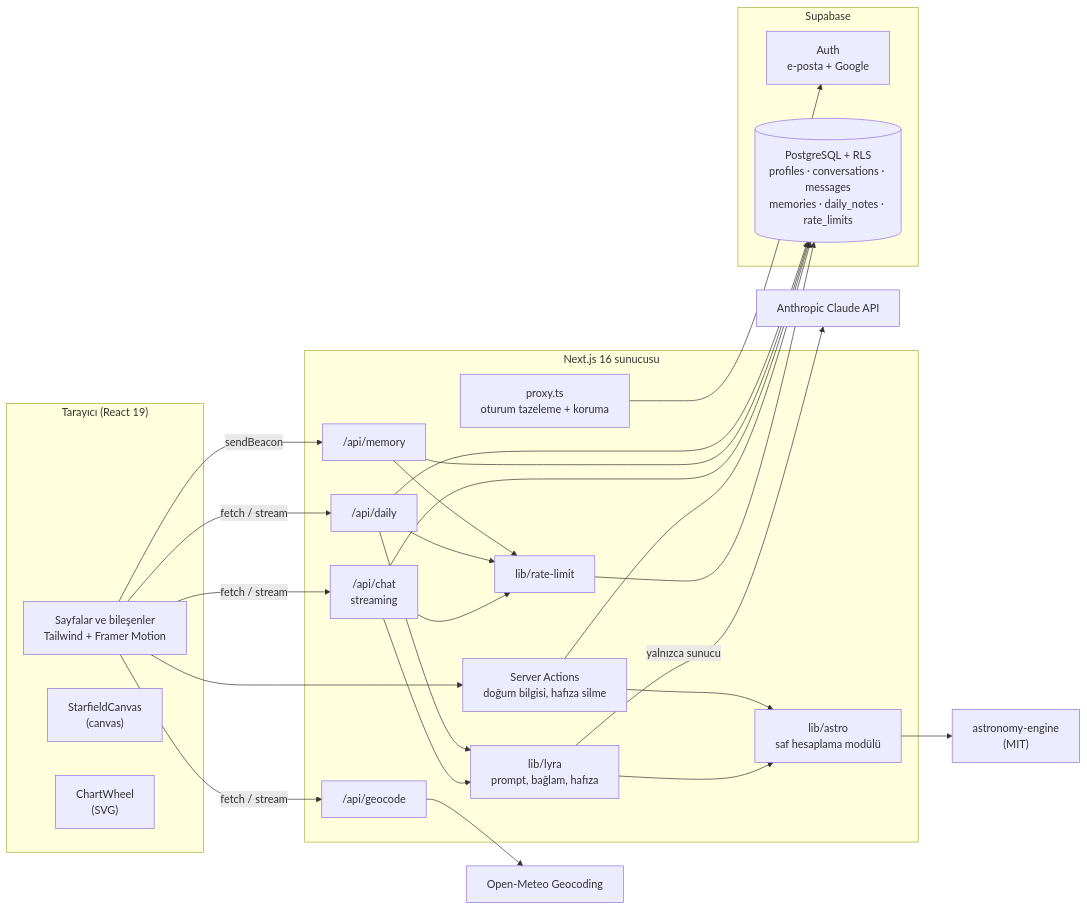
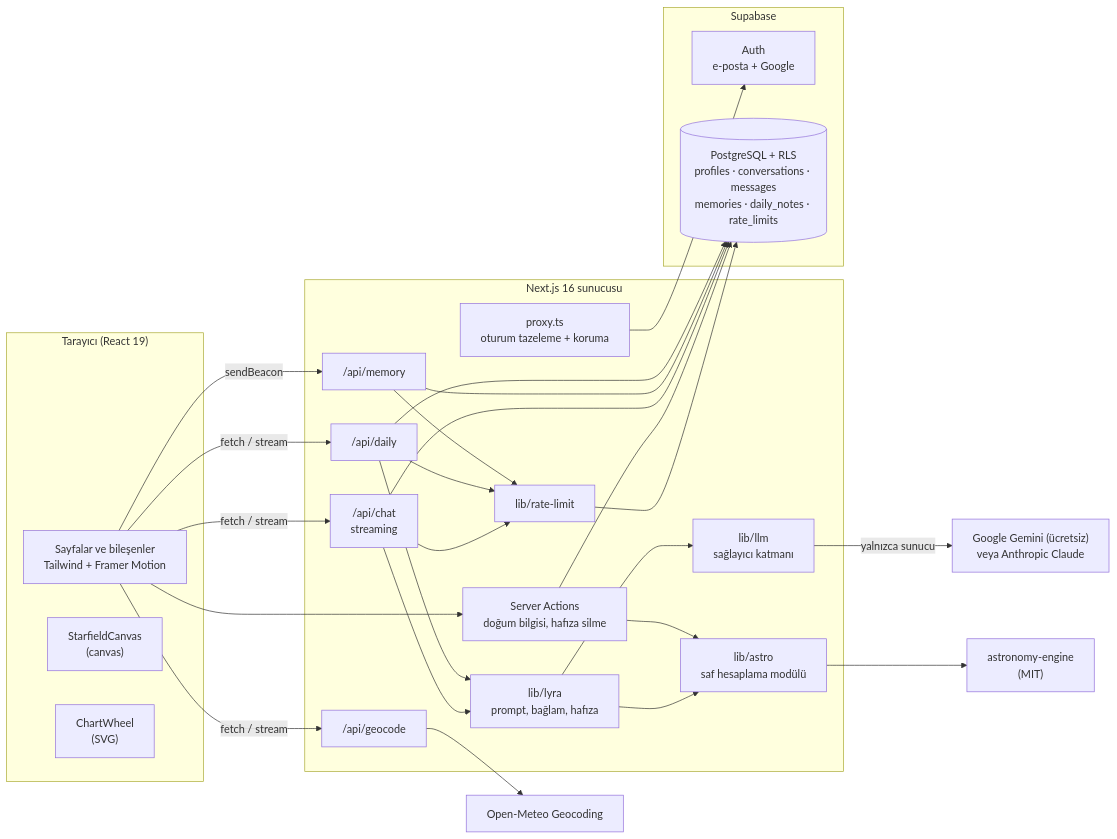
The first of 2 diagrams in README.md (ruveydayldrm/Astrolog-Agent), drawn with Mermaid before and after one commit. The commit also changed other lines of this file and 17 other files, not shown here.

First line of the commit message:
Ücretsiz LLM: Gemini varsayılan, sağlayıcıdan bağımsız lib/llm katmanı

````diff
--- a/README.md
+++ b/README.md
@@ -34,40 +35,41 @@
 ```mermaid
 flowchart LR
     subgraph Client["Tarayıcı (React 19)"]
         UI["Sayfalar ve bileşenler<br/>Tailwind + Framer Motion"]
         Canvas["StarfieldCanvas<br/>(canvas)"]
         Wheel["ChartWheel<br/>(SVG)"]
     end
 
     subgraph Server["Next.js 16 sunucusu"]
         Proxy["proxy.ts<br/>oturum tazeleme + koruma"]
         Actions["Server Actions<br/>doğum bilgisi, hafıza silme"]
         Chat["/api/chat<br/>streaming"]
         Memory["/api/memory"]
         Daily["/api/daily"]
         Geo["/api/geocode"]
         Astro["lib/astro<br/>saf hesaplama modülü"]
         Lyra["lib/lyra<br/>prompt, bağlam, hafıza"]
+        LLM["lib/llm<br/>sağlayıcı katmanı"]
         RL["lib/rate-limit"]
     end
 
     subgraph Supabase
         Auth["Auth<br/>e-posta + Google"]
         DB[("PostgreSQL + RLS<br/>profiles · conversations · messages<br/>memories · daily_notes · rate_limits")]
     end
 
-    Claude["Anthropic Claude API"]
+    Claude["Google Gemini (ücretsiz)<br/>veya Anthropic Claude"]
     OM["Open-Meteo Geocoding"]
     AE["astronomy-engine<br/>(MIT)"]
 
     UI -->|fetch / stream| Chat & Daily & Geo
     UI -->|sendBeacon| Memory
     UI --> Actions
     Proxy --> Auth
     Chat & Daily & Memory --> RL --> DB
     Chat & Daily --> Lyra --> Astro --> AE
-    Lyra -->|yalnızca sunucu| Claude
+    Lyra --> LLM -->|yalnızca sunucu| Claude
     Actions --> Astro
     Actions & Chat & Memory & Daily --> DB
     Geo --> OM
 ```
````
